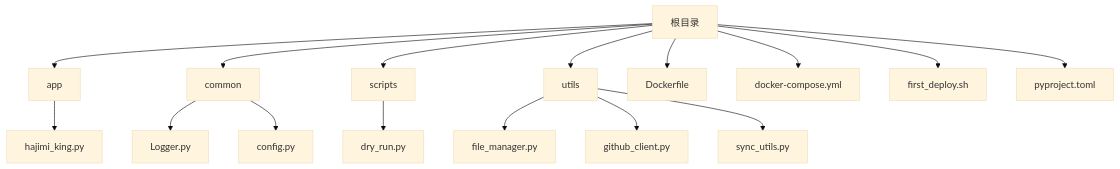
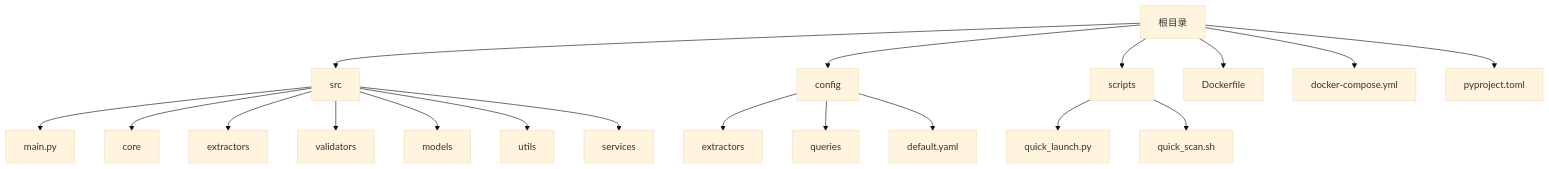
Before and after one commit to james-6-23/APIKEY-king: the first of 3 diagrams in .qoder/repowiki/zh/content/部署方案/部署方案.md, drawn with Mermaid (base theme). The commit also changed other lines of this file and 49 other files, not shown here.

````diff
--- a/.qoder/repowiki/zh/content/部署方案/部署方案.md
+++ b/.qoder/repowiki/zh/content/部署方案/部署方案.md
@@ -36,18 +44,21 @@
 ```mermaid
 graph TD
-A[根目录] --> B[app]
-A --> C[common]
+A[根目录] --> B[src]
+A --> C[config]
 A --> D[scripts]
-A --> E[utils]
-A --> F[Dockerfile]
-A --> G[docker-compose.yml]
-A --> H[first_deploy.sh]
-A --> I[pyproject.toml]
-B --> B1[hajimi_king.py]
-C --> C1[Logger.py]
-C --> C2[config.py]
-D --> D1[dry_run.py]
-E --> E1[file_manager.py]
-E --> E2[github_client.py]
-E --> E3[sync_utils.py]
+A --> E[Dockerfile]
+A --> F[docker-compose.yml]
+A --> G[pyproject.toml]
+B --> B1[main.py]
+B --> B2[core]
+B --> B3[extractors]
+B --> B4[validators]
+B --> B5[models]
+B --> B6[utils]
+B --> B7[services]
+C --> C1[extractors]
+C --> C2[queries]
+C --> C3[default.yaml]
+D --> D1[quick_launch.py]
+D --> D2[quick_scan.sh]
 ```
````
